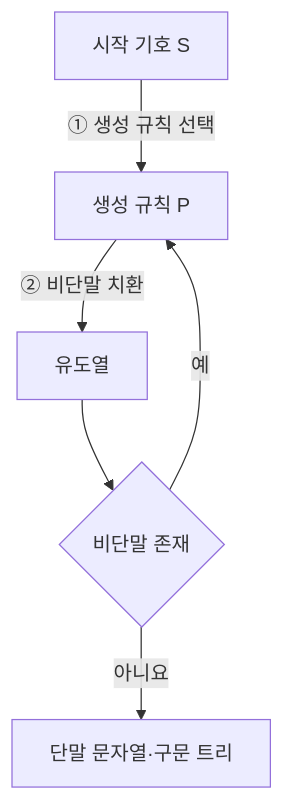
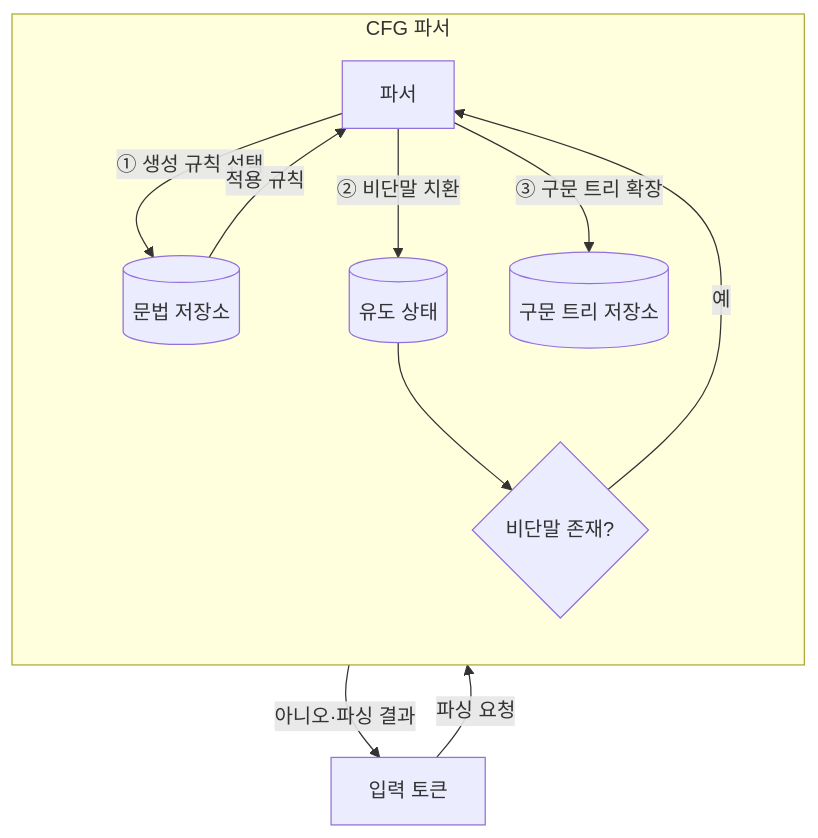
The second of 3 diagrams in src/content/docs/notes/01-basic-theory/021_context_free_grammar.md (agnusdei1207/knowledge-base), drawn with Mermaid before and after one commit. The commit also changed other lines of this file and 20 other files, not shown here.

````diff
--- a/src/content/docs/notes/01-basic-theory/021_context_free_grammar.md
+++ b/src/content/docs/notes/01-basic-theory/021_context_free_grammar.md
@@ -82,8 +89,19 @@
 ```mermaid
 flowchart TB
-    S[시작 기호 S] -->|① 생성 규칙 선택| P[생성 규칙 P]
-    P -->|② 비단말 치환| D[유도열]
-    D --> C{비단말 존재}
-    C -->|예| P
-    C -->|아니요| T[단말 문자열·구문 트리]
+    Q[입력 토큰]
+    subgraph C[CFG 파서]
+        direction TB
+        P[파서]
+        G[(문법 저장소)]
+        D[(유도 상태)]
+        T[(구문 트리 저장소)]
+        P -->|① 생성 규칙 선택| G
+        G -->|적용 규칙| P
+        P -->|② 비단말 치환| D
+        P -->|③ 구문 트리 확장| T
+        D --> E{비단말 존재?}
+        E -->|예| P
+    end
+    Q -->|파싱 요청| P
+    E -->|아니오·파싱 결과| Q
 ```
````
